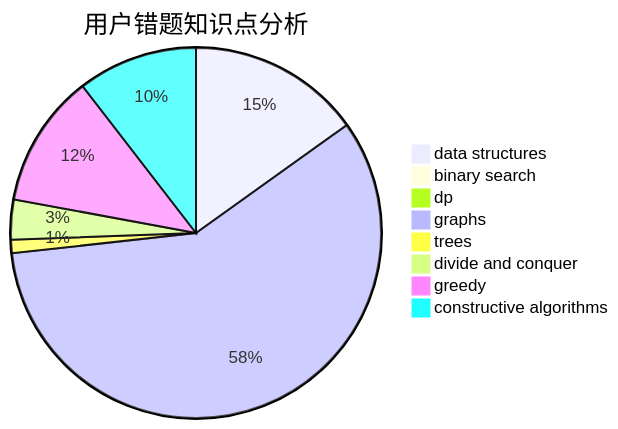
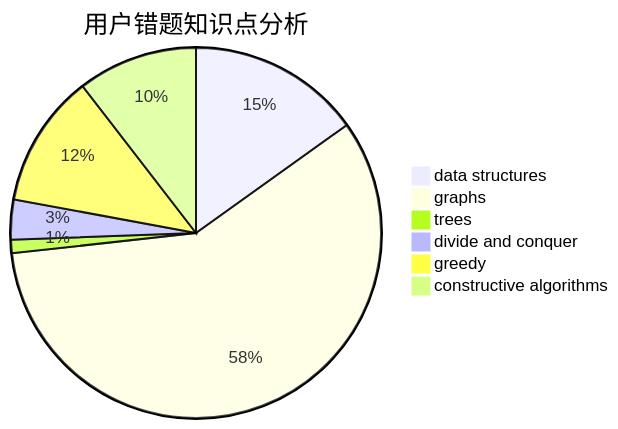
One commit to sherpahu/cfrs.github.io changed the third of 3 diagrams in docs/user/u1966.md. Above: the diagram before and after it, drawn with Mermaid. The commit also changed other lines of this file and 2770 other files, not shown here.

````diff
--- a/docs/user/u1966.md
+++ b/docs/user/u1966.md
@@ -31,11 +26,9 @@
 ```mermaid
 pie title 用户错题知识点分析
     "data structures" :  13
-    "binary search" :  0
-    "dp" :  0
     "graphs" :  50
     "trees" :  1
     "divide and conquer" :  3
     "greedy" :  10
     "constructive algorithms" :  9
 ```
````
